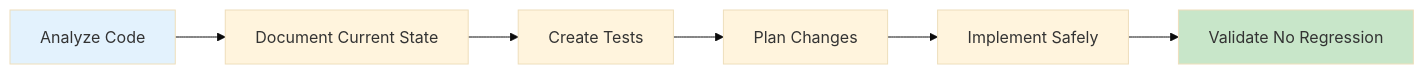
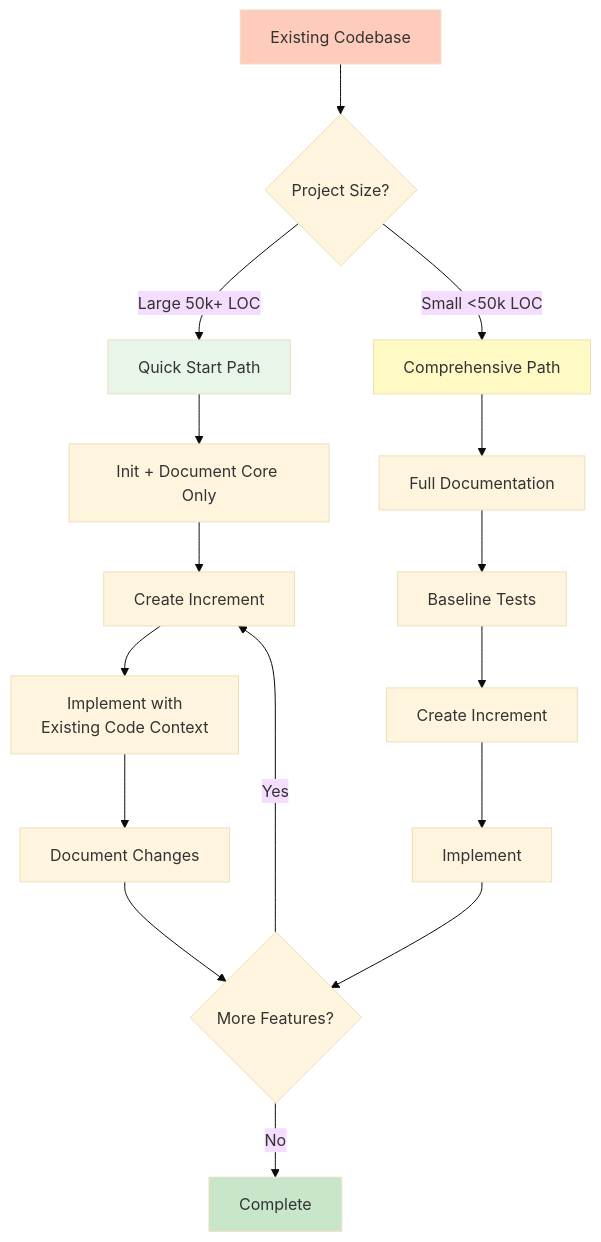
Before and after one commit to anton-abyzov/specweave: the second of 7 diagrams in docs-site/docs/workflows/brownfield.md, drawn with Mermaid (base theme). The commit also changed other lines of this file and 28 other files, not shown here.

````diff
--- a/docs-site/docs/workflows/brownfield.md
+++ b/docs-site/docs/workflows/brownfield.md
@@ -33,11 +35,26 @@
 ```mermaid
-graph LR
-    A[Analyze Code] --> B[Document Current State]
-    B --> C[Create Tests]
-    C --> D[Plan Changes]
-    D --> E[Implement Safely]
-    E --> F[Validate No Regression]
+graph TB
+    A[Existing Codebase] --> B{Project Size?}
 
-    style A fill:#e3f2fd
-    style F fill:#c8e6c9
+    B -->|Large 50k+ LOC| C[Quick Start Path]
+    B -->|Small <50k LOC| D[Comprehensive Path]
+
+    C --> E[Init + Document Core Only]
+    E --> F[Create Increment]
+    F --> G[Implement with<br/>Existing Code Context]
+    G --> H[Document Changes]
+    H --> I{More Features?}
+    I -->|Yes| F
+    I -->|No| J[Complete]
+
+    D --> K[Full Documentation]
+    K --> L[Baseline Tests]
+    L --> M[Create Increment]
+    M --> N[Implement]
+    N --> I
+
+    style A fill:#ffccbc
+    style C fill:#e8f5e9
+    style D fill:#fff9c4
+    style J fill:#c8e6c9
 ```
````
